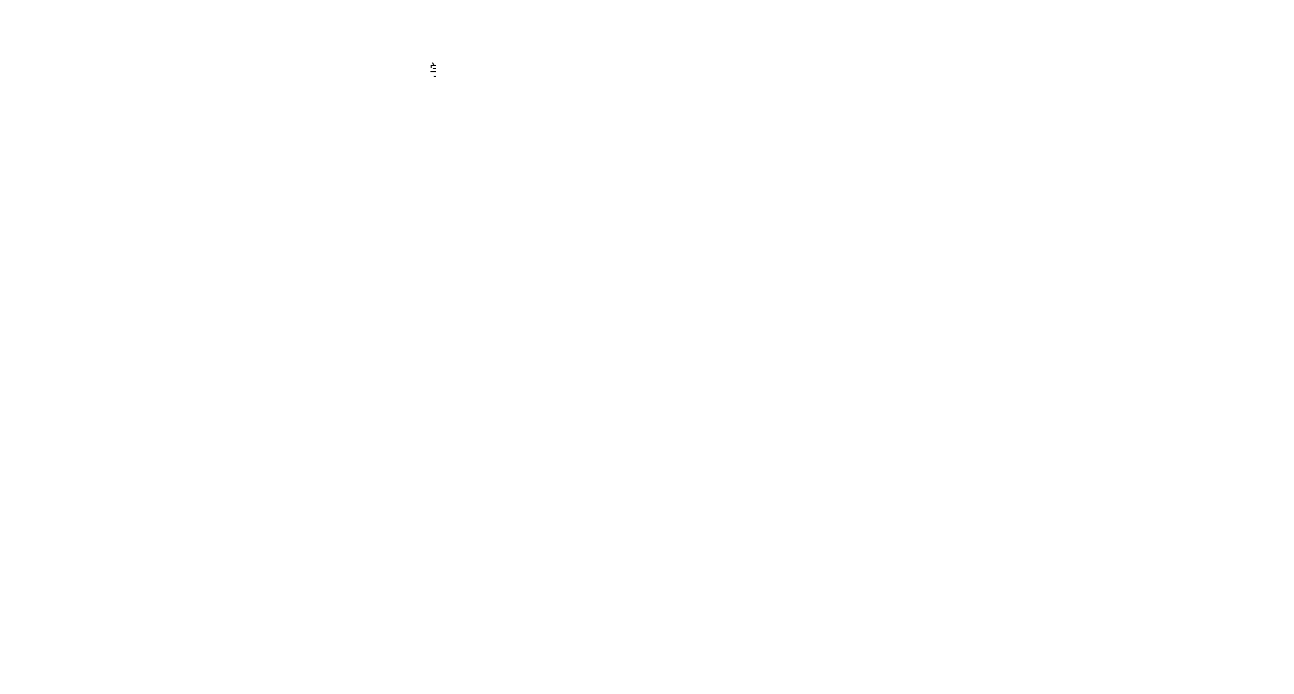
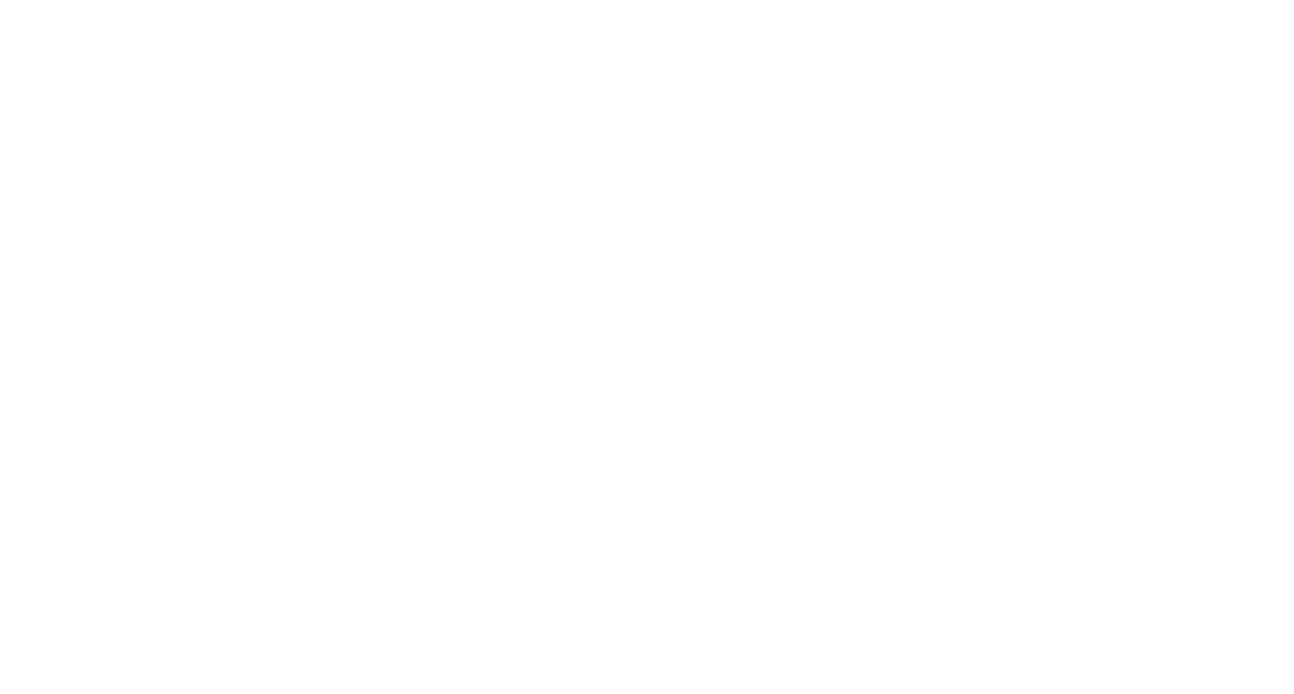
One commit to Creepppper/Student_System changed the diagram in docs/requirements/diagrams/source/FIG-02C-P1复核扩展DFD.dot. Above: the diagram before and after it, drawn with Graphviz. The commit also changed 72 other files, not shown here.

```diff
--- a/docs/requirements/diagrams/source/FIG-02C-P1复核扩展DFD.dot
+++ b/docs/requirements/diagrams/source/FIG-02C-P1复核扩展DFD.dot
@@ -1,36 +1,36 @@
 digraph FIG02C {
   graph [rankdir=TB, bgcolor="white", pad="0.4", nodesep="0.45", ranksep="0.8",
          fontname="Noto Sans CJK SC", fontsize=11, labelloc=t,
-         label="FIG-02C P1 成绩复核扩展 DFD（独立于 P0 主链路）\n学生→班主任受理并核查→教务确认/更正→学生查看；不出现任课教师", dpi=220];
+         label="FIG-02C P8 成绩复核的下级加工分解（P8.1～P8.3）\nP8 是 1 层的 P1 扩展加工；本图是正式下级分解，不是同层分区视图", dpi=220];
   node [fontname="Noto Sans CJK SC", fontsize=9.5];
   edge [fontname="Noto Sans CJK SC", fontsize=7.8, color="#6A4C93", arrowsize=0.65];
 
   STU [label="EO-04\n学生", shape=box, style="rounded,filled", fillcolor="#F3E5F5", color="#6A1B9A", width=1.6];
   HEAD [label="EO-03\n班主任", shape=box, style="rounded,filled", fillcolor="#E8F5E9", color="#2E7D32", width=1.6];
   ACAD [label="EO-02\n教务管理员", shape=box, style="rounded,filled", fillcolor="#E3F0FB", color="#2F5D8A", width=1.6];
 
   P81 [label="P8.1 复核申请与时限校验", shape=box, style="rounded,dashed,filled", fillcolor="#F3E8FF", color="#7B4FA0"];
   P82 [label="P8.2 班主任受理与核查", shape=box, style="rounded,dashed,filled", fillcolor="#F3E8FF", color="#7B4FA0"];
   P83 [label="P8.3 教务确认/更正", shape=box, style="rounded,dashed,filled", fillcolor="#F3E8FF", color="#7B4FA0"];
 
   D9 [label="D9 复核申请（P1）", shape=box3d, style="filled", fillcolor="#F3E5F5", color="#6A1B9A"];
   D6 [label="D6 成绩记录", shape=box3d, style="filled", fillcolor="#ECEFF1", color="#607D8B"];
   D8 [label="D8 业务审计记录", shape=box3d, style="filled", fillcolor="#ECEFF1", color="#607D8B"];
 
   STU -> P81 [label="DF-201 复核申请（考试+科目+理由）"];
   P81 -> STU [label="DF-202 受理编号/当前状态"];
   P81 -> D9 [label="DF-203 复核申请记录（REV_PENDING）"];
   D9 -> P82 [label="DF-204 本班待受理申请"];
   HEAD -> P82 [label="DF-205 受理/驳回/核查意见"];
   P82 -> D9 [label="DF-206 受理/核查状态（REV_PROCESSING）"];
   D9 -> P83 [label="DF-207 待确认复核"];
   ACAD -> P83 [label="DF-208 确认/更正/驳回决定"];
   P83 -> D9 [label="DF-209 复核结论"];
   P83 -> D6 [label="DF-210 受控更正（复用 FR-PUB-004）"];
   P83 -> D8 [label="DF-211 复核/更正审计"];
   P83 -> STU [label="DF-212 复核结果/更正后成绩"];
 
   NOTE [shape=note, style=filled, fillcolor="#FAFAFA", color="#7B4FA0", fontsize=8.5,
         label="P1 边界：复核不改变 P0 状态机；\l班主任只提交核查意见，不能直接改分；\l教务最终确认/更正，学生只看本人结果。\l"];
   P83 -> NOTE [style=dotted, arrowhead=none, color="#7B4FA0"];
 }
```
